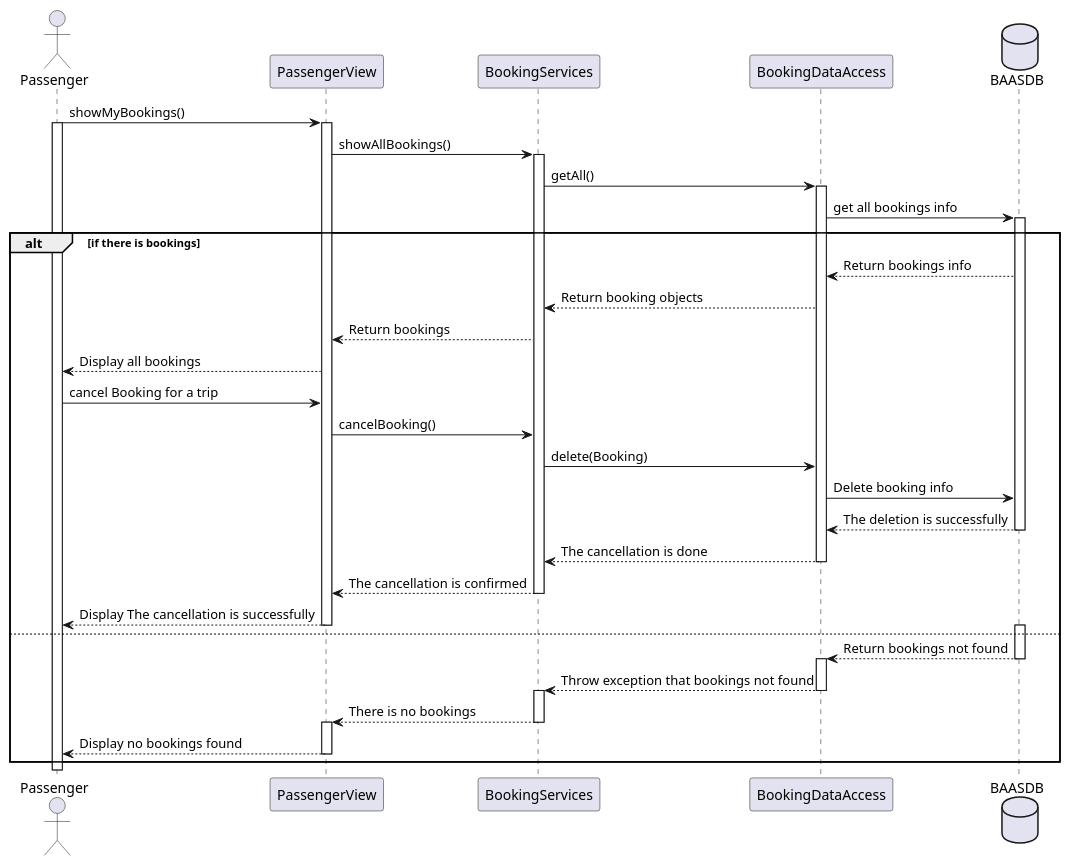
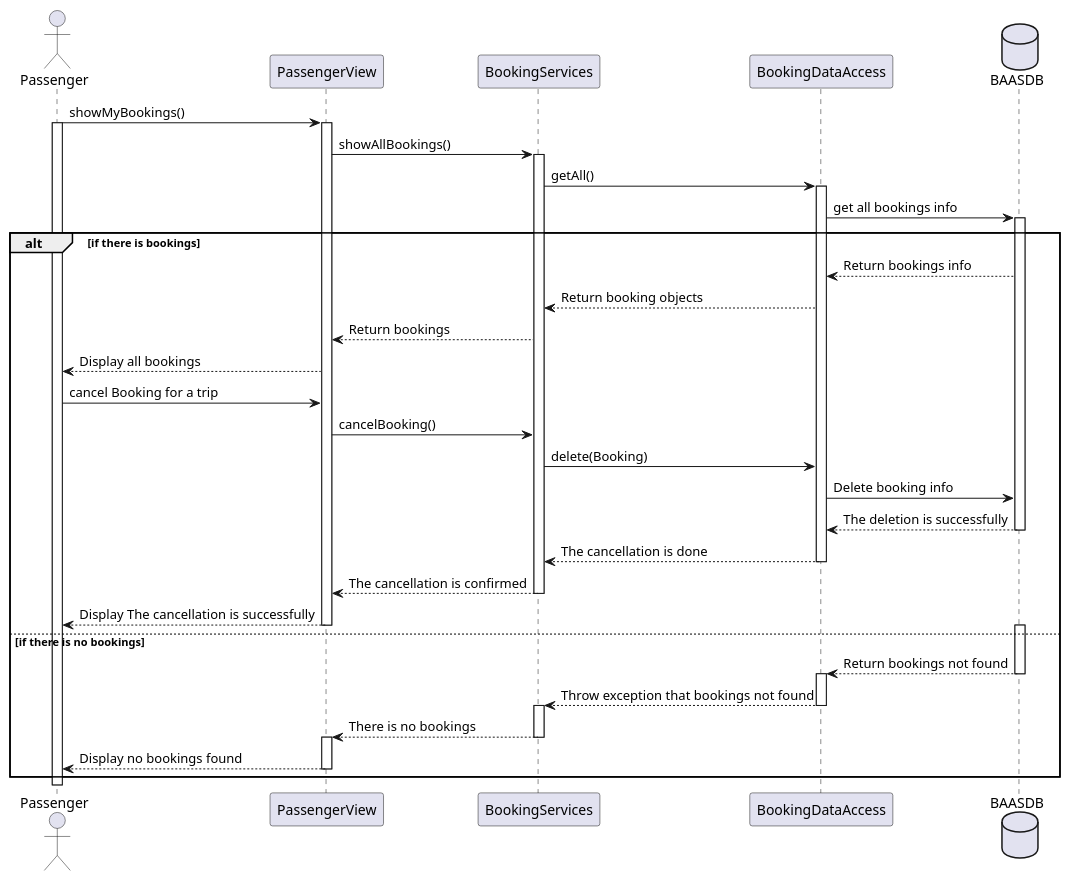
The diagram in Sequence Diagrams/pu/cancelBooking.pu (moazbasheer/BaaS_GP), drawn with PlantUML before and after one commit. The commit also changed 3 other files, not shown here.

```diff
--- a/Sequence Diagrams/pu/cancelBooking.pu
+++ b/Sequence Diagrams/pu/cancelBooking.pu
@@ -1,47 +1,47 @@
 @startuml   
   actor Passenger  as Passenger
   participant PassengerView as PassengerView
   participant BookingServices as BookingServices
   participant BookingDataAccess as BookingDataAccess
   database BAASDB as BaasDB
   Passenger -> PassengerView : showMyBookings()
   activate Passenger
   activate PassengerView
   PassengerView -> BookingServices : showAllBookings()
   activate BookingServices
   BookingServices->BookingDataAccess:getAll()
   activate BookingDataAccess
   BookingDataAccess -> BaasDB:get all bookings info
   activate BaasDB
   alt if there is bookings
     BaasDB --> BookingDataAccess : Return bookings info
     BookingDataAccess --> BookingServices : Return booking objects
     BookingServices --> PassengerView : Return bookings
     PassengerView --> Passenger : Display all bookings
     Passenger -> PassengerView : cancel Booking for a trip
     PassengerView -> BookingServices :cancelBooking()
     BookingServices -> BookingDataAccess : delete(Booking)
     BookingDataAccess -> BaasDB : Delete booking info
     BaasDB --> BookingDataAccess : The deletion is successfully
     deactivate BaasDB
     BookingDataAccess --> BookingServices : The cancellation is done
     deactivate BookingDataAccess
     BookingServices --> PassengerView : The cancellation is confirmed
     deactivate BookingServices
     PassengerView --> Passenger : Display The cancellation is successfully
     deactivate PassengerView
-  else
+  else if there is no bookings
     activate BaasDB
     BaasDB --> BookingDataAccess : Return bookings not found
     deactivate BaasDB
     activate BookingDataAccess
     BookingDataAccess --> BookingServices : Throw exception that bookings not found
     deactivate BookingDataAccess
     activate BookingServices
     BookingServices --> PassengerView : There is no bookings 
     deactivate BookingServices
     activate PassengerView
     PassengerView --> Passenger : Display no bookings found
     deactivate PassengerView
   end
 @enduml
```
